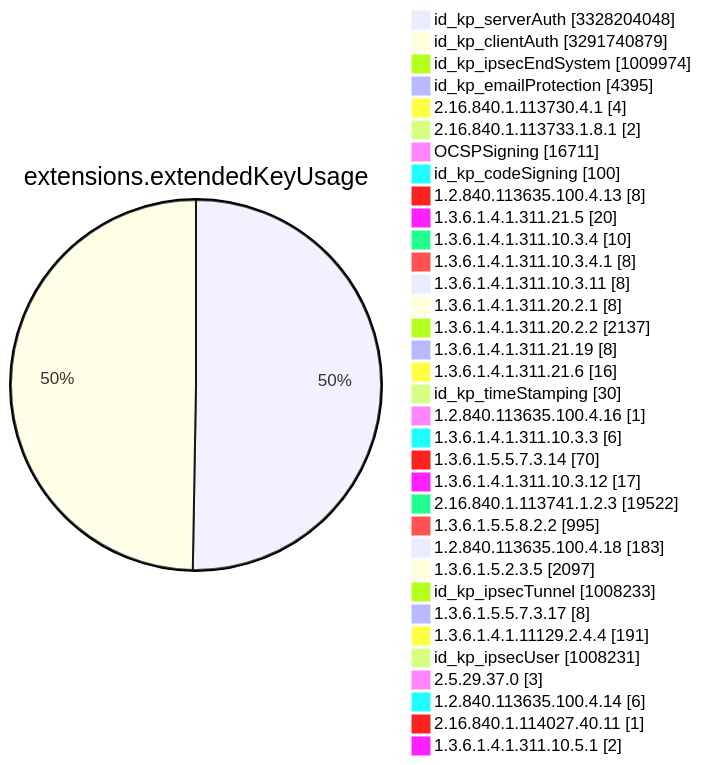
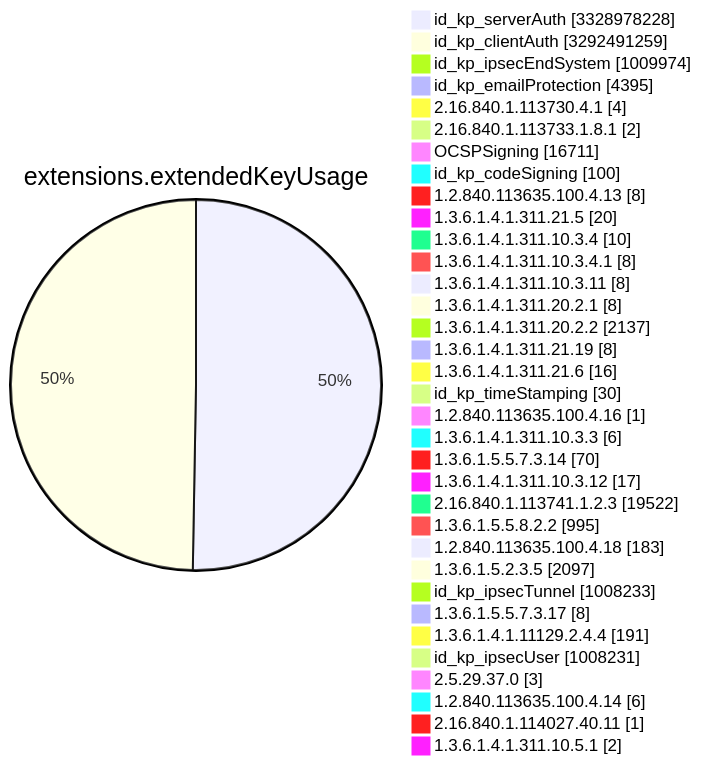
One commit to christiankrug/ctmonitor_visualization changed diagram 11 of 15 in TOTAL/README.md. Above: the diagram before and after it, drawn with Mermaid. The commit also changed other lines of this file, not shown here.

````diff
--- a/TOTAL/README.md
+++ b/TOTAL/README.md
@@ -4120,38 +4120,38 @@
 ```mermaid
 pie showData
 title extensions.extendedKeyUsage
-"id_kp_serverAuth" :3328204048
-"id_kp_clientAuth" :3291740879
+"id_kp_serverAuth" :3328978228
+"id_kp_clientAuth" :3292491259
 "id_kp_ipsecEndSystem" :1009974
 "id_kp_emailProtection" :4395
 "2.16.840.1.113730.4.1" :4
 "2.16.840.1.113733.1.8.1" :2
 "OCSPSigning" :16711
 "id_kp_codeSigning" :100
 "1.2.840.113635.100.4.13" :8
 "1.3.6.1.4.1.311.21.5" :20
 "1.3.6.1.4.1.311.10.3.4" :10
 "1.3.6.1.4.1.311.10.3.4.1" :8
 "1.3.6.1.4.1.311.10.3.11" :8
 "1.3.6.1.4.1.311.20.2.1" :8
 "1.3.6.1.4.1.311.20.2.2" :2137
 "1.3.6.1.4.1.311.21.19" :8
 "1.3.6.1.4.1.311.21.6" :16
 "id_kp_timeStamping" :30
 "1.2.840.113635.100.4.16" :1
 "1.3.6.1.4.1.311.10.3.3" :6
 "1.3.6.1.5.5.7.3.14" :70
 "1.3.6.1.4.1.311.10.3.12" :17
 "2.16.840.1.113741.1.2.3" :19522
 "1.3.6.1.5.5.8.2.2" :995
 "1.2.840.113635.100.4.18" :183
 "1.3.6.1.5.2.3.5" :2097
 "id_kp_ipsecTunnel" :1008233
 "1.3.6.1.5.5.7.3.17" :8
 "1.3.6.1.4.1.11129.2.4.4" :191
 "id_kp_ipsecUser" :1008231
 "2.5.29.37.0" :3
 "1.2.840.113635.100.4.14" :6
 "2.16.840.1.114027.40.11" :1
 "1.3.6.1.4.1.311.10.5.1" :2
 ```
````
